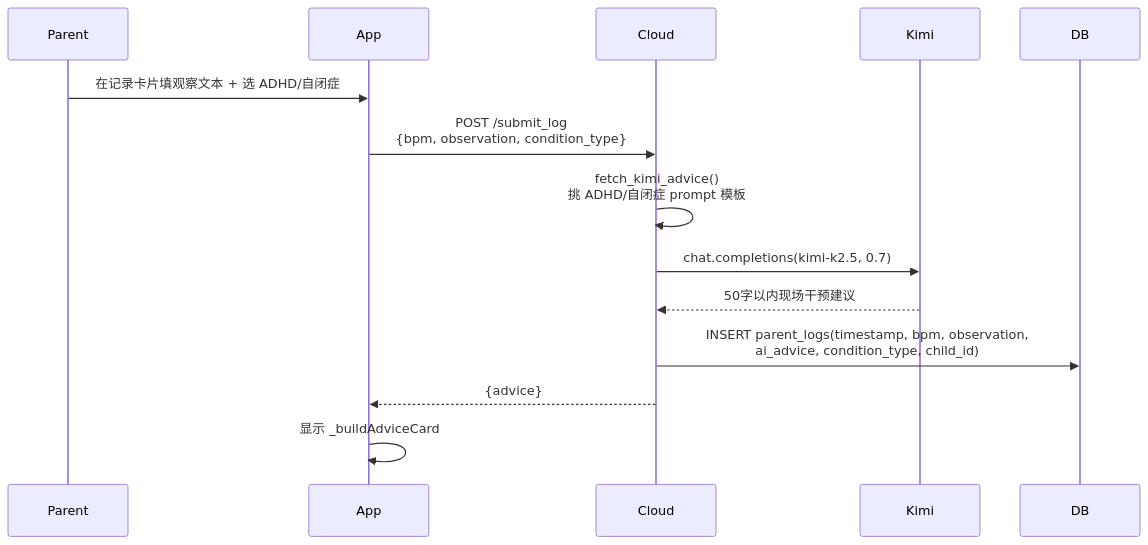
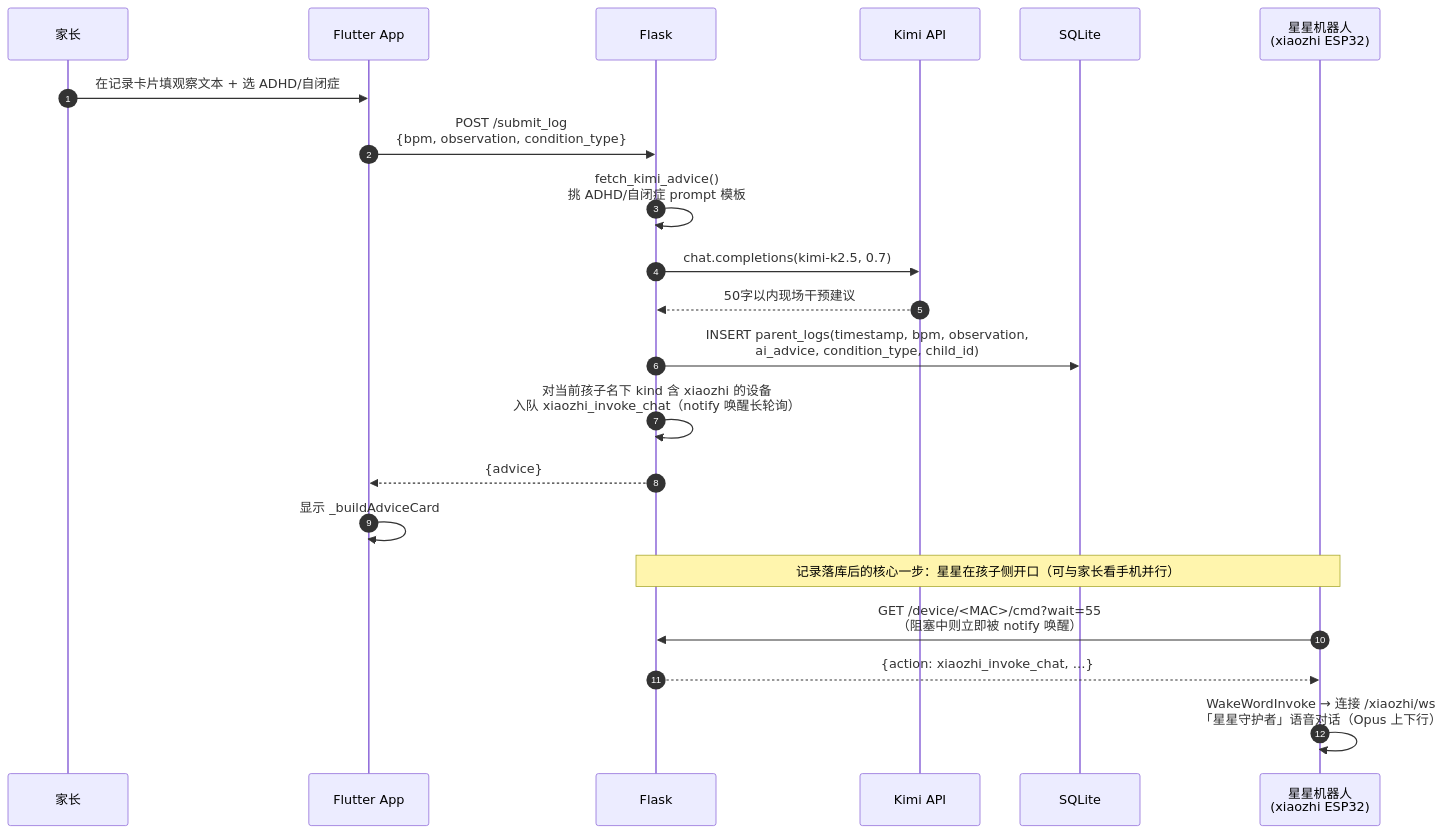
One commit to ch308/ADHD_Monitor changed the fifth of 14 diagrams in README.md. Above: the diagram before and after it, drawn with Mermaid. The commit also changed other lines of this file and 1 other file, not shown here.

````diff
--- a/README.md
+++ b/README.md
@@ -220,11 +245,25 @@
 ```mermaid
 sequenceDiagram
+    autonumber
+    participant Parent as 家长
+    participant App as Flutter App
+    participant Cloud as Flask
+    participant Kimi as Kimi API
+    participant DB as SQLite
+    participant Xz as 星星机器人<br/>(xiaozhi ESP32)
+
     Parent->>App: 在记录卡片填观察文本 + 选 ADHD/自闭症
     App->>Cloud: POST /submit_log<br/>{bpm, observation, condition_type}
     Cloud->>Cloud: fetch_kimi_advice()<br/>挑 ADHD/自闭症 prompt 模板
     Cloud->>Kimi: chat.completions(kimi-k2.5, 0.7)
     Kimi-->>Cloud: 50字以内现场干预建议
     Cloud->>DB: INSERT parent_logs(timestamp, bpm, observation,<br/>ai_advice, condition_type, child_id)
+    Cloud->>Cloud: 对当前孩子名下 kind 含 xiaozhi 的设备<br/>入队 xiaozhi_invoke_chat（notify 唤醒长轮询）
     Cloud-->>App: {advice}
     App->>App: 显示 _buildAdviceCard
+
+    Note over Cloud,Xz: 记录落库后的核心一步：星星在孩子侧开口（可与家长看手机并行）
+    Xz->>Cloud: GET /device/<MAC>/cmd?wait=55<br/>（阻塞中则立即被 notify 唤醒）
+    Cloud-->>Xz: {action: xiaozhi_invoke_chat, …}
+    Xz->>Xz: WakeWordInvoke → 连接 /xiaozhi/ws<br/>「星星守护者」语音对话（Opus 上下行）
 ```
````
